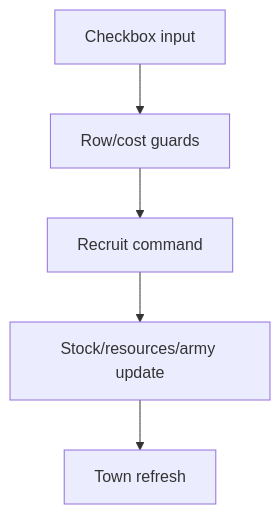
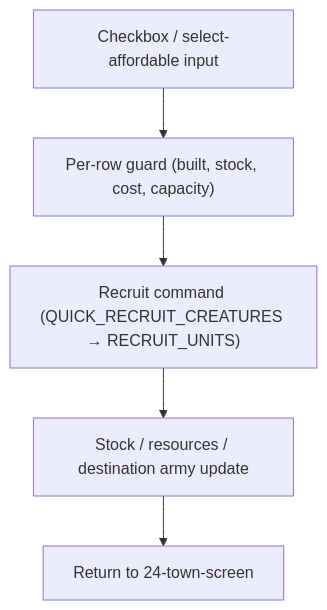
One commit to SunaNoOshiro/Heroes_Reforged_AI_Realms changed the third of 5 diagrams in docs/architecture/wiki/screens/37-quick-recruit-window/architecture.md. Above: the diagram before and after it, drawn with Mermaid. The commit also changed other lines of this file and 518 other files, not shown here.

First line of the commit message:
Add doc-audit skill and sweep architecture/screen docs

````diff
--- a/docs/architecture/wiki/screens/37-quick-recruit-window/architecture.md
+++ b/docs/architecture/wiki/screens/37-quick-recruit-window/architecture.md
@@ -42,8 +45,7 @@
 ```mermaid
 flowchart TD
-  I0["Checkbox input"] --> I1
-  I1["Row/cost guards"] --> I2
-  I2["Recruit command"] --> I3
-  I3["Stock/resources/army update"] --> I4
-  I4["Town refresh"]
+  I0["Checkbox / select-affordable input"] --> I1["Per-row guard (built, stock, cost, capacity)"]
+  I1 --> I2["Recruit command (QUICK_RECRUIT_CREATURES → RECRUIT_UNITS)"]
+  I2 --> I3["Stock / resources / destination army update"]
+  I3 --> I4["Return to 24-town-screen"]
 ```
````
